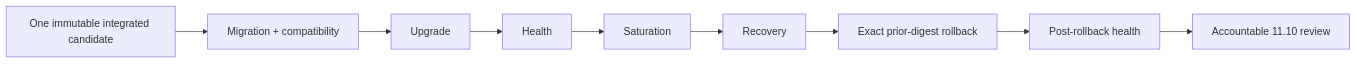
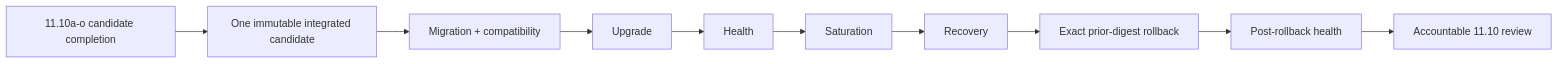
One commit to GJvManen/dtmo changed the diagram in docs/README.md. Above: the diagram before and after it, drawn with Mermaid. The commit also changed other lines of this file, not shown here.

Commit message:
docs: expose Phase 11.10a workbench architecture in portal

````diff
--- a/docs/README.md
+++ b/docs/README.md
@@ -82,11 +103,12 @@
 ```mermaid
 flowchart LR
-    I[One immutable integrated candidate] --> M[Migration + compatibility]
+    C[11.10a-o candidate completion] --> F[One immutable integrated candidate]
+    F --> M[Migration + compatibility]
     M --> U[Upgrade]
     U --> H[Health]
     H --> S[Saturation]
     S --> R[Recovery]
     R --> B[Exact prior-digest rollback]
     B --> V[Post-rollback health]
     V --> A[Accountable 11.10 review]
 ```
````
